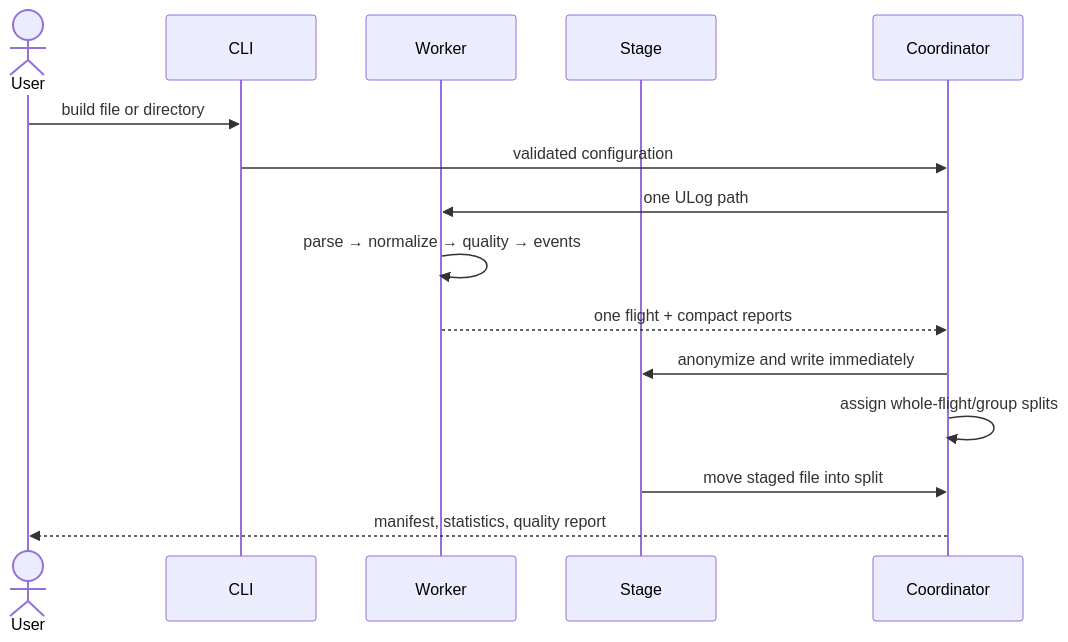
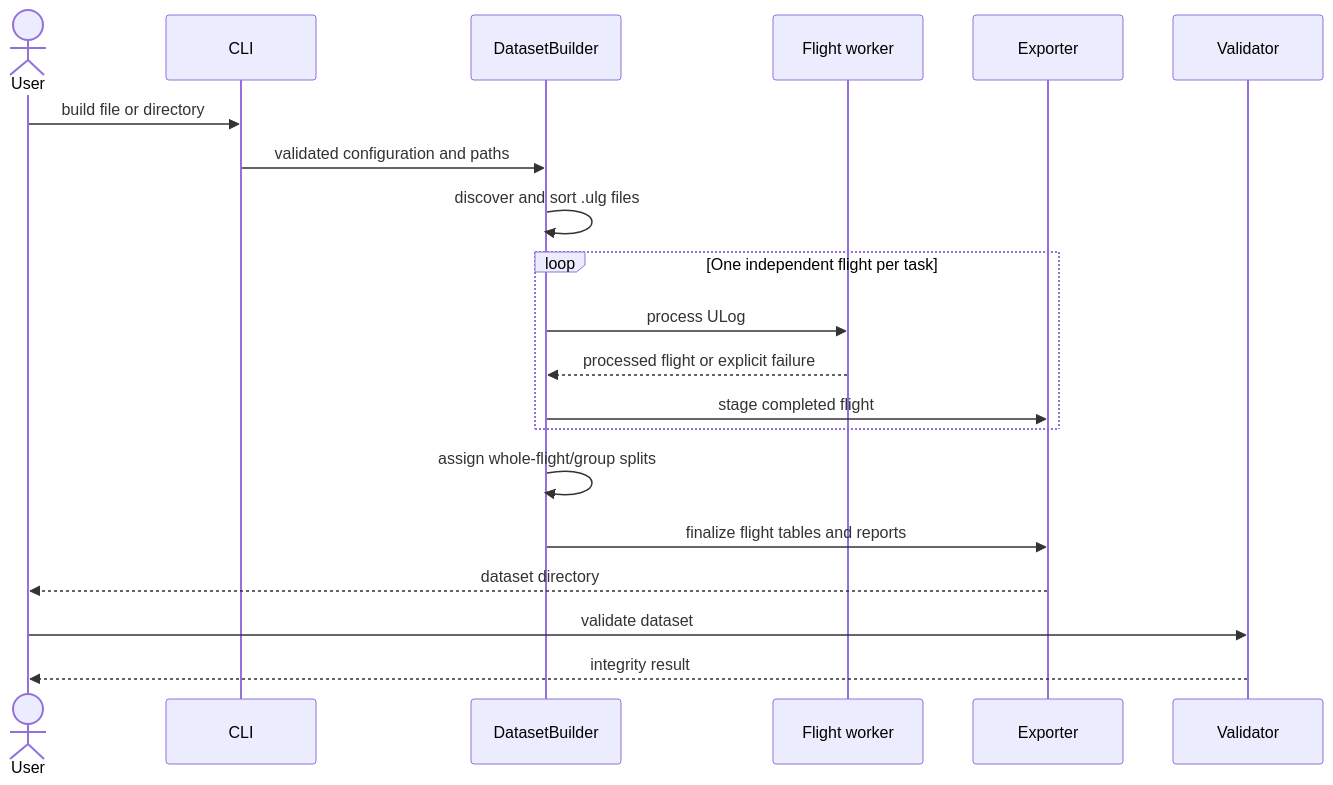
Before and after one commit to LodeStonedrones/px4-dataset-builder: the third of 4 diagrams in docs/architecture/ARCHITECTURE.md, drawn with Mermaid. The commit also changed other lines of this file and 25 other files, not shown here.

````diff
--- a/docs/architecture/ARCHITECTURE.md
+++ b/docs/architecture/ARCHITECTURE.md
@@ -40,17 +66,23 @@
 ```mermaid
 sequenceDiagram
-  actor User
-  participant CLI
-  participant Worker
-  participant Stage
-  participant Coordinator
-  User->>CLI: build file or directory
-  CLI->>Coordinator: validated configuration
-  Coordinator->>Worker: one ULog path
-  Worker->>Worker: parse → normalize → quality → events
-  Worker-->>Coordinator: one flight + compact reports
-  Coordinator->>Stage: anonymize and write immediately
-  Coordinator->>Coordinator: assign whole-flight/group splits
-  Stage->>Coordinator: move staged file into split
-  Coordinator-->>User: manifest, statistics, quality report
+    actor User
+    participant CLI
+    participant Builder as DatasetBuilder
+    participant Worker as Flight worker
+    participant Exporter
+    participant Validator
+
+    User->>CLI: build file or directory
+    CLI->>Builder: validated configuration and paths
+    Builder->>Builder: discover and sort .ulg files
+    loop One independent flight per task
+        Builder->>Worker: process ULog
+        Worker-->>Builder: processed flight or explicit failure
+        Builder->>Exporter: stage completed flight
+    end
+    Builder->>Builder: assign whole-flight/group splits
+    Builder->>Exporter: finalize flight tables and reports
+    Exporter-->>User: dataset directory
+    User->>Validator: validate dataset
+    Validator-->>User: integrity result
 ```
````
